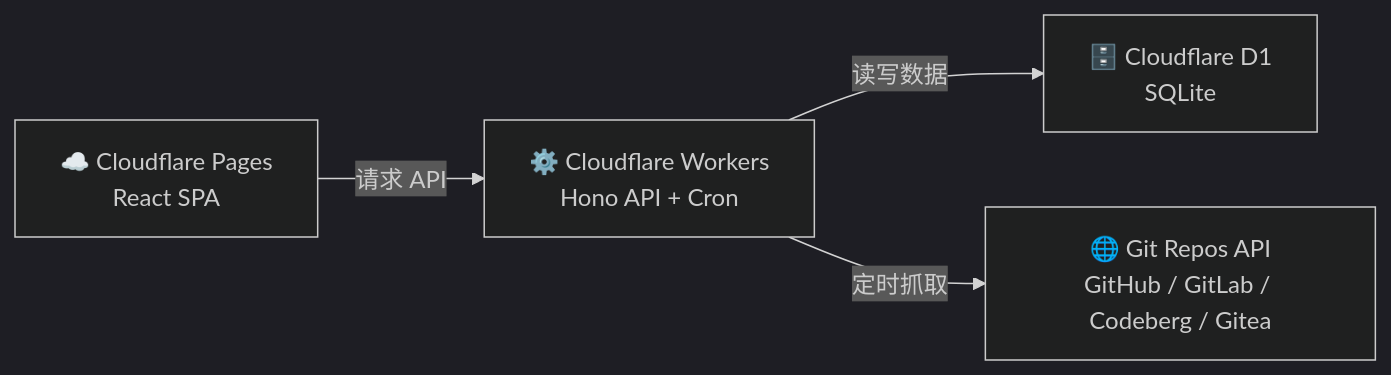
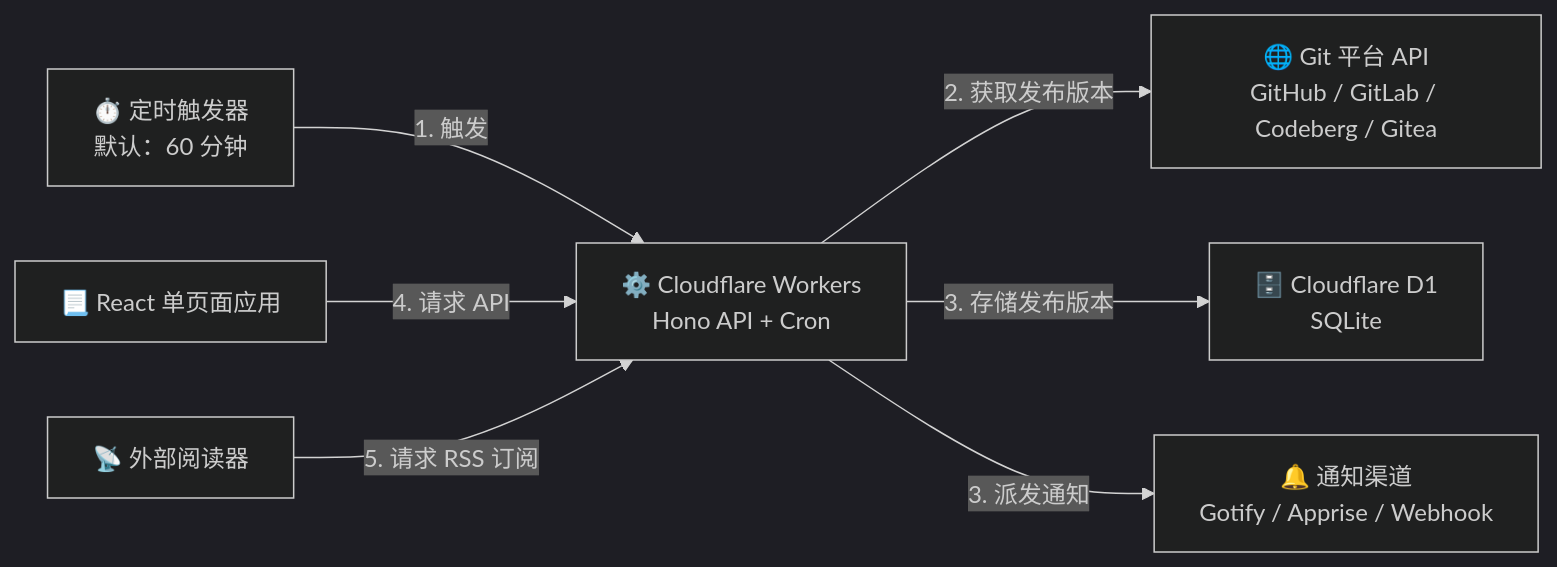
Before and after one commit to yonzilch/srrm: the diagram in README.zh-CN.md, drawn with Mermaid (dark theme). The commit also changed other lines of this file and 1 other file, not shown here.

````diff
--- a/README.zh-CN.md
+++ b/README.zh-CN.md
@@ -16,6 +16,11 @@
 ```mermaid
 flowchart LR
-    A[☁️ Cloudflare Pages<br/>React SPA] -- 请求 API --> B[⚙️ Cloudflare Workers<br/>Hono API + Cron]
-    B -- 读写数据 --> C[🗄️ Cloudflare D1<br/>SQLite]
-    B -- 定时抓取 --> D[🌐 Git Repos API<br/>GitHub / GitLab / Codeberg / Gitea]
+    Cron[⏱️ 定时触发器<br/>默认：60 分钟] -- 1. 触发 --> B[⚙️ Cloudflare Workers<br/>Hono API + Cron]
+    B -- 2. 获取发布版本 --> D[🌐 Git 平台 API<br/>GitHub / GitLab / Codeberg / Gitea]
+    
+    B -- 3. 存储发布版本 --> C[🗄️ Cloudflare D1<br/>SQLite]
+    B -- 3. 派发通知 --> E[🔔 通知渠道<br/>Gotify / Apprise / Webhook]
+    
+    A[📃 React 单页面应用] -- 4. 请求 API --> B
+    F[📡 外部阅读器] -- 5. 请求 RSS 订阅 --> B
 ```
````
